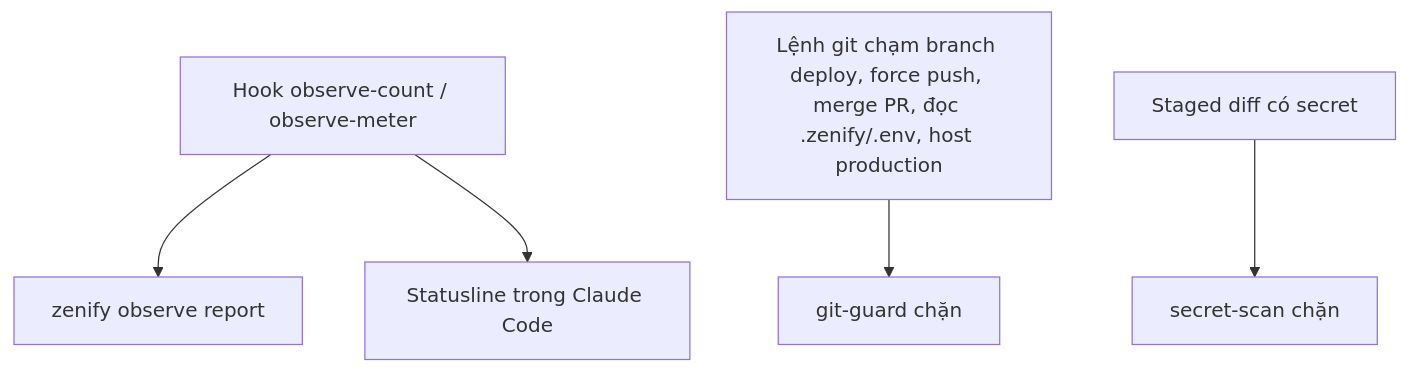
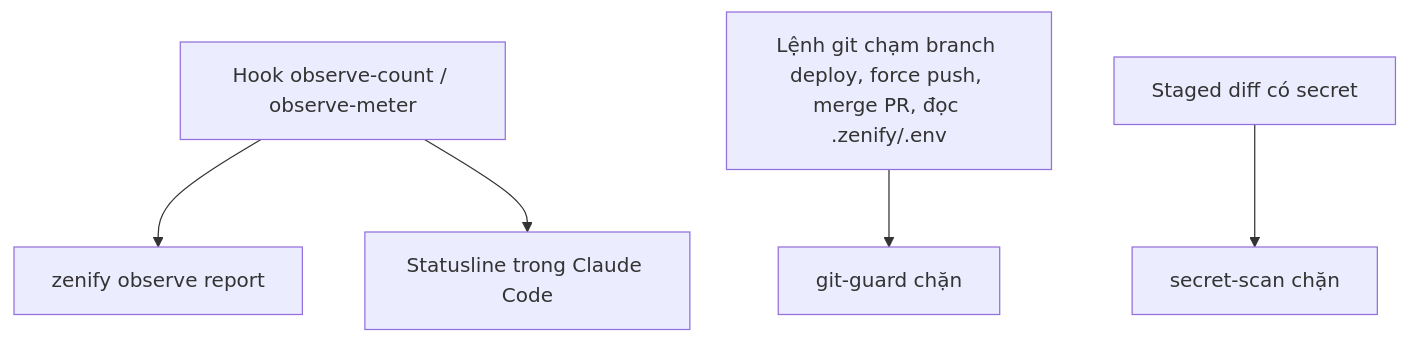
The diagram in website/guides/observe-and-safety.md (ZenifyAIContactCenter/zenify-kit), drawn with Mermaid before and after one commit. The commit also changed other lines of this file and 5 other files, not shown here.

First line of the commit message:
docs(website): describe git-guard and broker-tool changes

````diff
--- a/website/guides/observe-and-safety.md
+++ b/website/guides/observe-and-safety.md
@@ -19,9 +19,9 @@
 ```mermaid
 flowchart TD
   A["Hook observe-count / observe-meter"] --> B["zenify observe report"]
   A --> C["Statusline trong Claude Code"]
-  D["Lệnh git chạm branch deploy, force push, merge PR, đọc .zenify/.env, host production"] --> E["git-guard chặn"]
+  D["Lệnh git chạm branch deploy, force push, merge PR, đọc .zenify/.env"] --> E["git-guard chặn"]
   F["Staged diff có secret"] --> G["secret-scan chặn"]
   class A,B,C action
   class E,G stop
 ```
````
